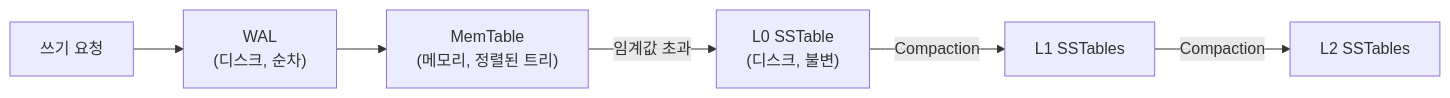
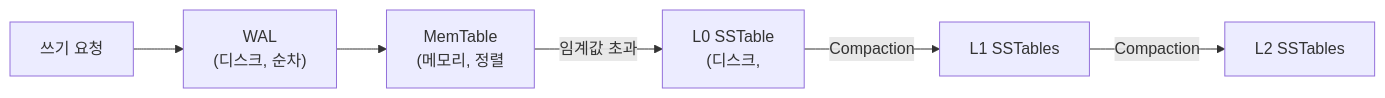
One commit to yjkim2015/yjkim2015.github.io changed the fifth of 8 diagrams in _posts/systemdesign/2026-05-03-system-design-kv-store.md. Above: the diagram before and after it, drawn with Mermaid. The commit also changed other lines of this file and 271 other files, not shown here.

First line of the commit message:
Mermaid 라벨 축소: 긴 노드 텍스트 18자 이하로 트림 + \n 제거

````diff
--- a/_posts/systemdesign/2026-05-03-system-design-kv-store.md
+++ b/_posts/systemdesign/2026-05-03-system-design-kv-store.md
@@ -361,8 +361,8 @@
 ```mermaid
 graph LR
     W["쓰기 요청"] --> WAL["WAL\n(디스크, 순차)"]
-    WAL --> MEM["MemTable\n(메모리, 정렬된 트리)"]
-    MEM -->|"임계값 초과"| L0["L0 SSTable\n(디스크, 불변)"]
+    WAL --> MEM["MemTable\n(메모리, 정렬"]
+    MEM -->|"임계값 초과"| L0["L0 SSTable\n(디스크,"]
     L0 -->|"Compaction"| L1["L1 SSTables"]
     L1 -->|"Compaction"| L2["L2 SSTables"]
 ```
````
